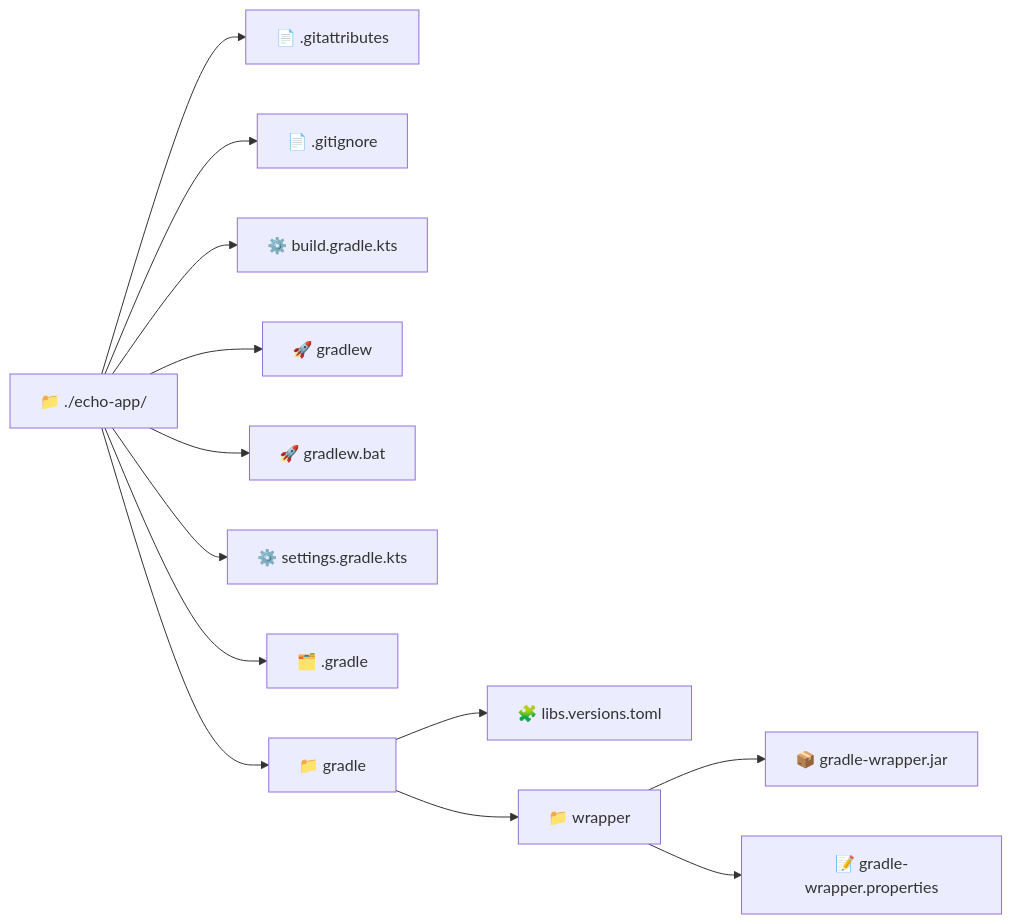
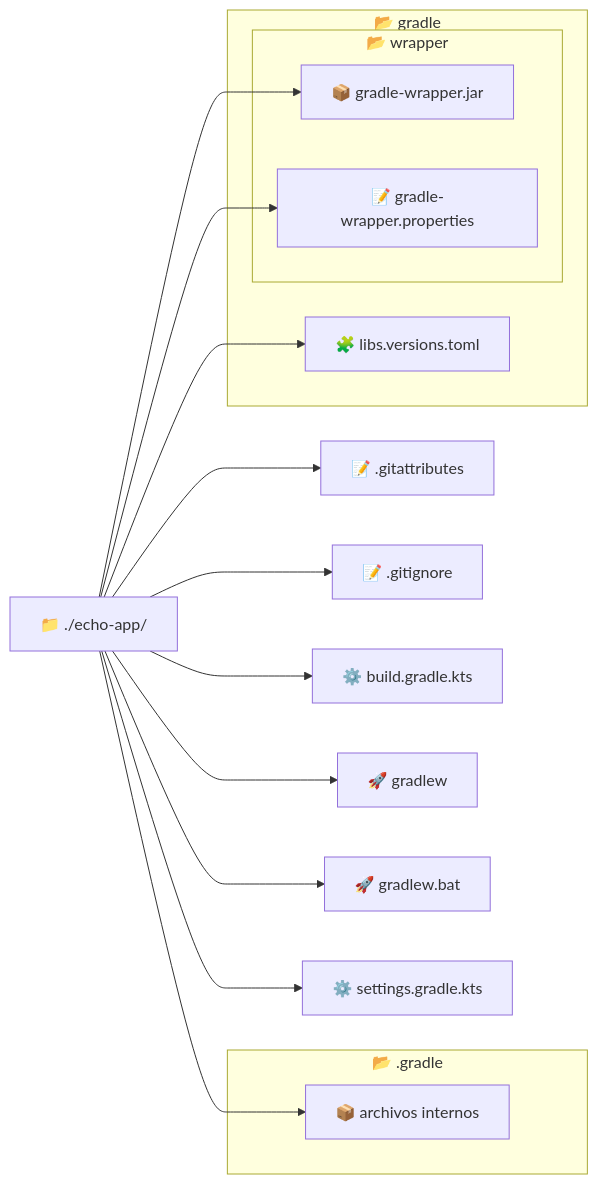
The diagram in docs/build-systems/init/gradle.mdx (r8vnhill/dibs-docusaurus), drawn with Mermaid before and after one commit. The commit also changed other lines of this file and 3 other files, not shown here.

First line of the commit message:
✨ Agrega lección de Cabal para Haskell + tarjeta, diagrama y soporte en VSCode

````diff
--- a/docs/build-systems/init/gradle.mdx
+++ b/docs/build-systems/init/gradle.mdx
@@ -147,15 +147,33 @@
 ```mermaid
 graph LR
-    A[📁 ./echo-app/] --> A1[📄 .gitattributes]
-    A --> A2[📄 .gitignore]
-    A --> A3[⚙️ build.gradle.kts]
-    A --> A4[🚀 gradlew]
-    A --> A5[🚀 gradlew.bat]
-    A --> A6[⚙️ settings.gradle.kts]
-    A --> A7[🗂️ .gradle]
-    A --> A8[📁 gradle]
-    A8 --> A81[🧩 libs.versions.toml]
-    A8 --> A82[📁 wrapper]
-    A82 --> A821[📦 gradle-wrapper.jar]
-    A82 --> A822[📝 gradle-wrapper.properties]
+    A[📁 ./echo-app/]
+
+    A1[📝 .gitattributes]
+    A2[📝 .gitignore]
+    A3[⚙️ build.gradle.kts]
+    A4[🚀 gradlew]
+    A5[🚀 gradlew.bat]
+    A6[⚙️ settings.gradle.kts]
+    A --> A1
+    A --> A2
+    A --> A3
+    A --> A4
+    A --> A5
+    A --> A6
+
+    subgraph DotGradle [📂 .gradle]
+        G1[📦 archivos internos]
+    end
+    A --> G1
+
+    subgraph GradleConfig [📂 gradle]
+        A81[🧩 libs.versions.toml]
+        subgraph GradleWrapper [📂 wrapper]
+            A821[📦 gradle-wrapper.jar]
+            A822[📝 gradle-wrapper.properties]
+        end
+    end
+    A --> A81
+    A --> A821
+    A --> A822
 ```
````
